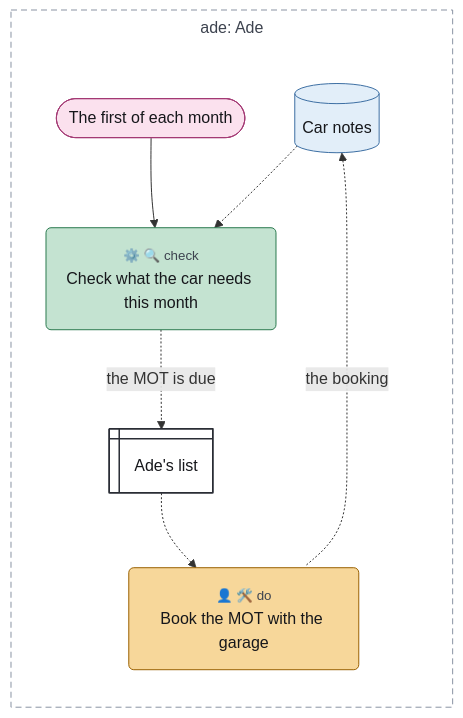
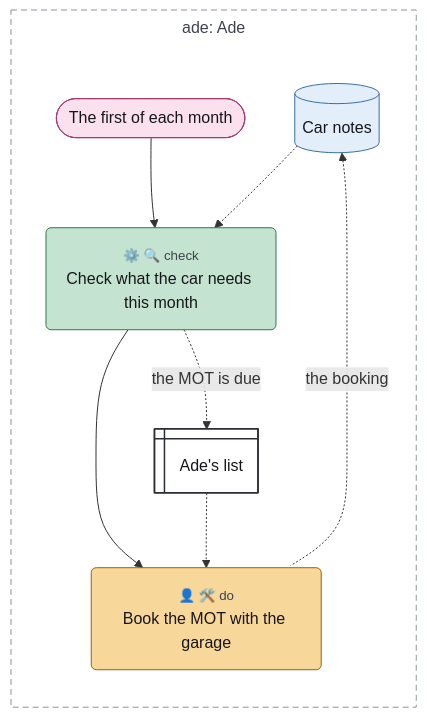
One commit to chrismdp/awml changed the diagram in examples/tour/07-person-step.mmd. Above: the diagram before and after it, drawn with Mermaid. The commit also changed 106 other files, not shown here.

```diff
--- a/examples/tour/07-person-step.mmd
+++ b/examples/tour/07-person-step.mmd
@@ -1,42 +1,43 @@
 ---
 config:
   theme: default
   fontFamily: Inter, sans-serif
   flowchart:
     useMaxWidth: false
     subGraphTitleMargin:
       top: 6
       bottom: 30
 ---
 flowchart TB
   subgraph ade["ade#58; Ade"]
     direction TB
     monthly(["The first of each month"])
     car_notes[("Car notes")]
     due("<small style='color:rgb(61,67,79)'>⚙️ 🔍 check</small><br>Check what the car needs this month")
     list@{ shape: win-pane, label: "Ade#39;s list" }
     book("<small style='color:rgb(61,67,79)'>👤 🛠️ do</small><br>Book the MOT with the garage")
   end
 
   monthly --> due
   car_notes -.-> due
   due -.->|"the MOT is due"| list
+  due --> book
   list -.-> book
   car_notes <-.->|"the booking"| book
   classDef trig fill:#fbe1ee,stroke:#a33a74,color:#16171b
   classDef ctx fill:#e2eef9,stroke:#3d6fa3,color:#16171b
   classDef con fill:#eceef2,stroke:#5d6472,color:#16171b
   classDef surf fill:#ffffff,stroke:#2a2d35,stroke-width:1.5px,color:#16171b
   classDef out fill:#fde4dc,stroke:#b5532f,color:#16171b
   classDef ai fill:#cdd3fb,stroke:#3b4bb0,color:#16171b
   classDef code fill:#c4e3d1,stroke:#2b7a4f,color:#16171b
   classDef person fill:#f7d79a,stroke:#9a6100,color:#16171b
   classDef uml fill:#16171b,stroke:#16171b,color:#16171b
   classDef gap fill:#ffffff,stroke:#8a93a3,stroke-dasharray:4 3,color:#6b7280
   class monthly trig
   class car_notes ctx
   class list surf
   class due code
   class book person
   style ade fill:transparent,stroke:#8a93a3,stroke-dasharray:6 4,color:#3d434f
-  linkStyle 4 marker-end:none
+  linkStyle 5 marker-end:none
```
